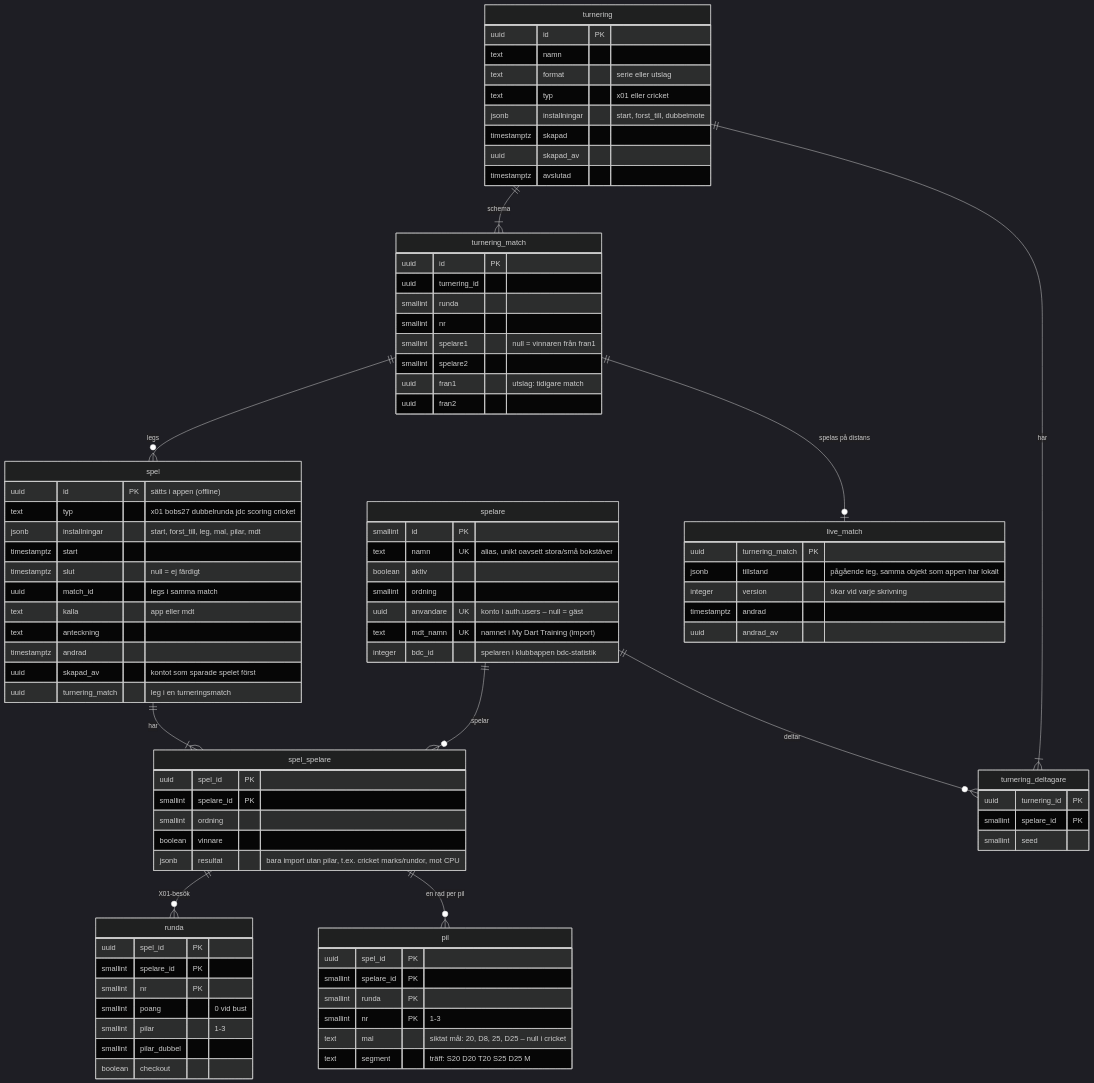
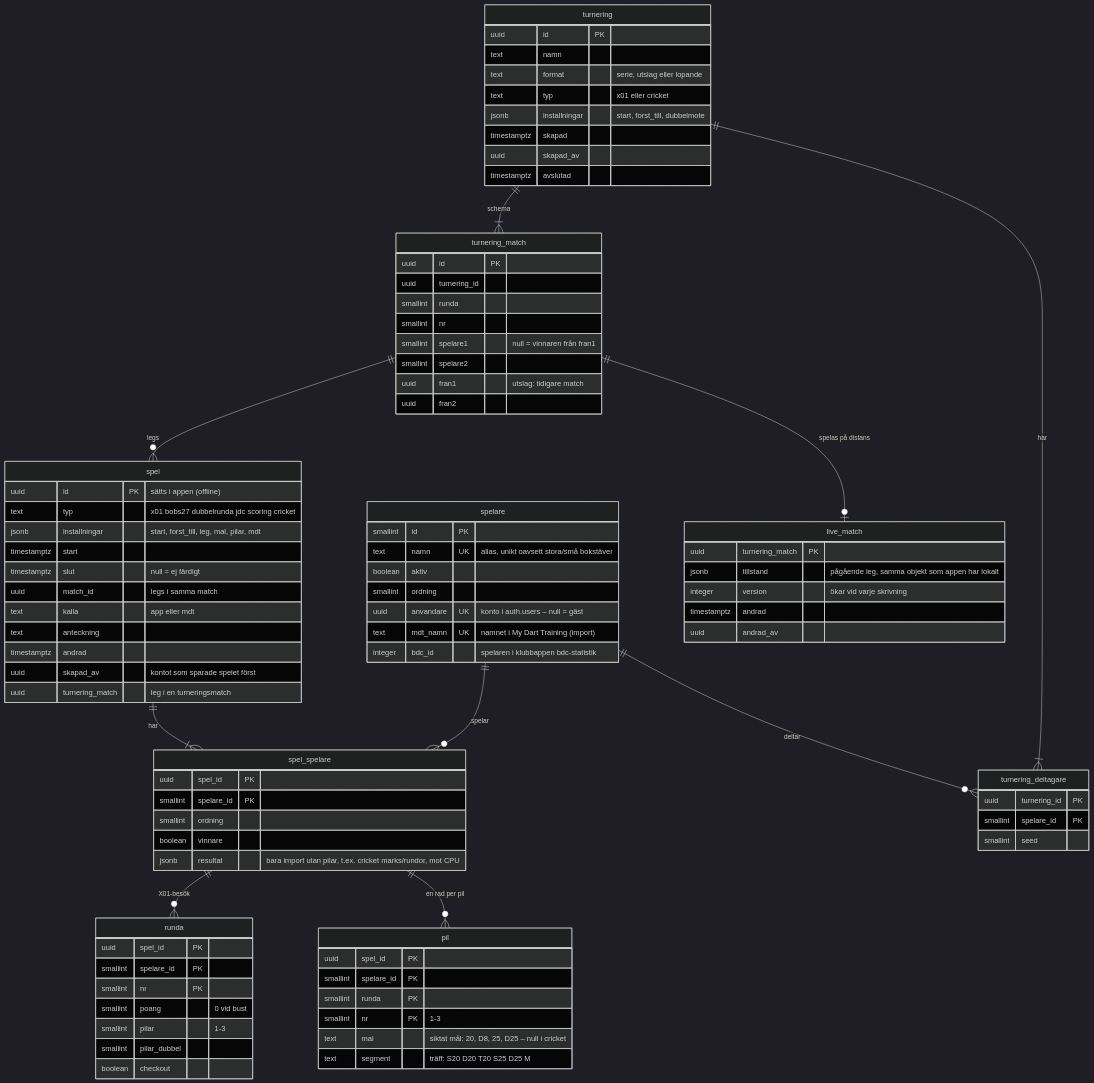
One commit to Lunkster/darttranare changed the diagram in docs/datamodell.md. Above: the diagram before and after it, drawn with Mermaid (dark theme). The commit also changed other lines of this file and 22 other files, not shown here.

````diff
--- a/docs/datamodell.md
+++ b/docs/datamodell.md
@@ -5,72 +5,72 @@
 ```mermaid
 erDiagram
   spelare ||--o{ spel_spelare : spelar
   spel ||--|{ spel_spelare : har
   spel_spelare ||--o{ runda : "X01-besök"
   spel_spelare ||--o{ pil : "en rad per pil"
   turnering ||--|{ turnering_deltagare : har
   turnering ||--|{ turnering_match : schema
   turnering_match ||--o{ spel : "legs"
   turnering_match ||--o| live_match : "spelas på distans"
   spelare ||--o{ turnering_deltagare : deltar
   spelare { smallint id PK
     text namn UK "alias, unikt oavsett stora/små bokstäver"
     boolean aktiv
     smallint ordning
     uuid anvandare UK "konto i auth.users – null = gäst"
     text mdt_namn UK "namnet i My Dart Training (import)"
     integer bdc_id "spelaren i klubbappen bdc-statistik" }
   spel { uuid id PK "sätts i appen (offline)"
     text typ "x01 bobs27 dubbelrunda jdc scoring cricket"
     jsonb installningar "start, forst_till, leg, mal, pilar, mdt"
     timestamptz start
     timestamptz slut "null = ej färdigt"
     uuid match_id "legs i samma match"
     text kalla "app eller mdt"
     text anteckning
     timestamptz andrad
     uuid skapad_av "kontot som sparade spelet först"
     uuid turnering_match "leg i en turneringsmatch" }
   turnering { uuid id PK
     text namn
-    text format "serie eller utslag"
+    text format "serie, utslag eller lopande"
     text typ "x01 eller cricket"
     jsonb installningar "start, forst_till, dubbelmote"
     timestamptz skapad
     uuid skapad_av
     timestamptz avslutad }
   turnering_deltagare { uuid turnering_id PK
     smallint spelare_id PK
     smallint seed }
   turnering_match { uuid id PK
     uuid turnering_id
     smallint runda
     smallint nr
     smallint spelare1 "null = vinnaren från fran1"
     smallint spelare2
     uuid fran1 "utslag: tidigare match"
     uuid fran2 }
   live_match { uuid turnering_match PK
     jsonb tillstand "pågående leg, samma objekt som appen har lokalt"
     integer version "ökar vid varje skrivning"
     timestamptz andrad
     uuid andrad_av }
   spel_spelare { uuid spel_id PK
     smallint spelare_id PK
     smallint ordning
     boolean vinnare
     jsonb resultat "bara import utan pilar, t.ex. cricket marks/rundor, mot CPU" }
   runda { uuid spel_id PK
     smallint spelare_id PK
     smallint nr PK
     smallint poang "0 vid bust"
     smallint pilar "1-3"
     smallint pilar_dubbel
     boolean checkout }
   pil { uuid spel_id PK
     smallint spelare_id PK
     smallint runda PK
     smallint nr PK "1-3"
     text mal "siktat mål: 20, D8, 25, D25 – null i cricket"
     text segment "träff: S20 D20 T20 S25 D25 M" }
 ```
````
